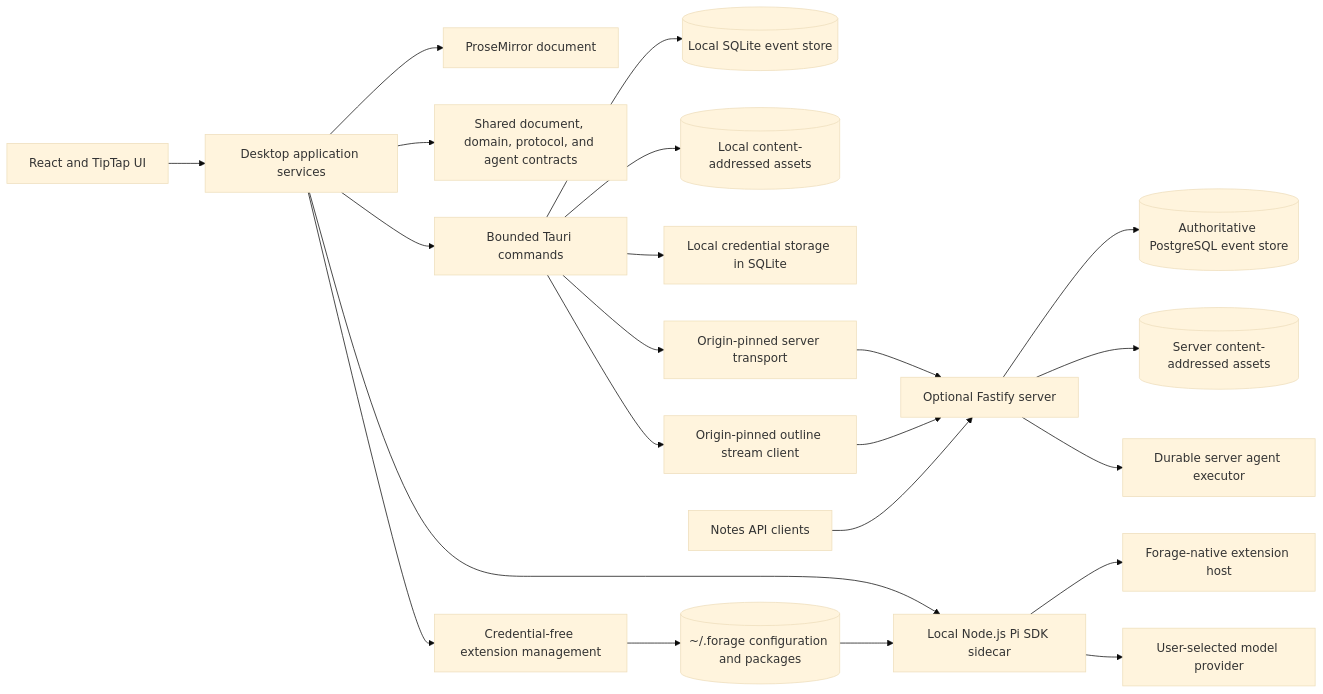
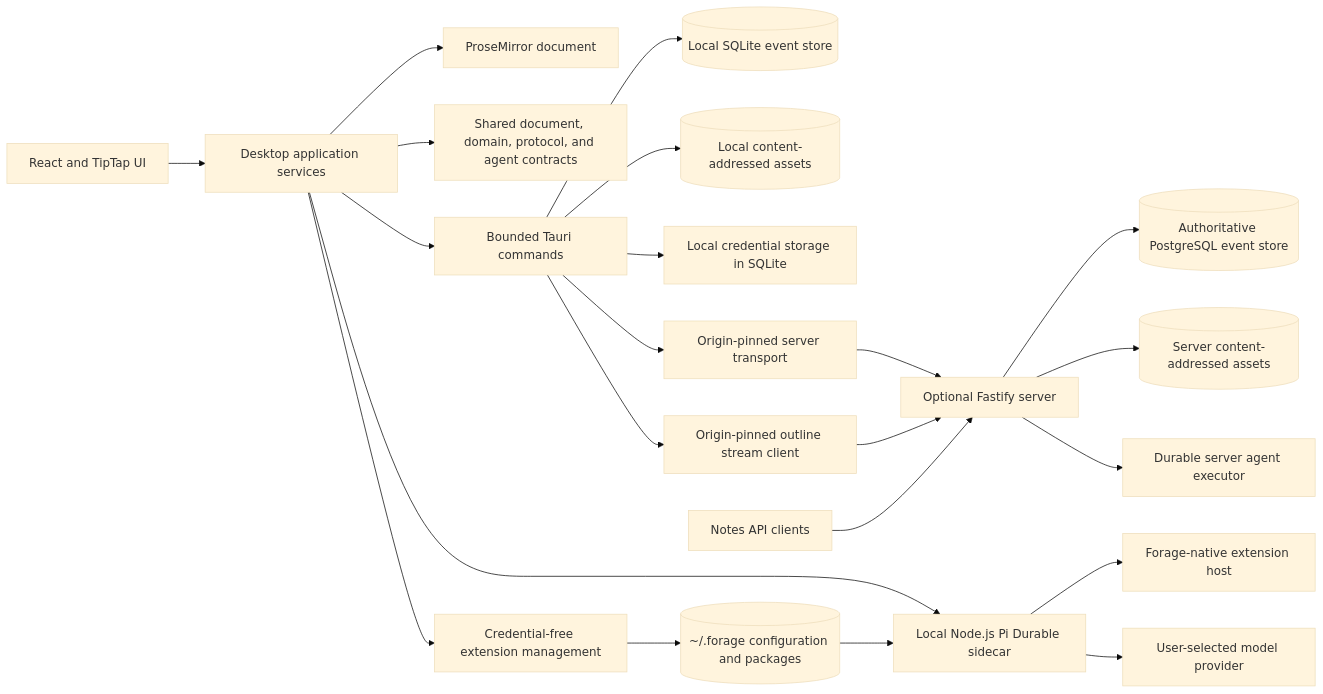
Before and after one commit to tenzki/forage: the diagram in docs/architecture.md, drawn with Mermaid (base theme). The commit also changed other lines of this file and 95 other files, not shown here.

````diff
--- a/docs/architecture.md
+++ b/docs/architecture.md
@@ -7,24 +7,24 @@
 ```mermaid
 flowchart LR
     UI[React and TipTap UI] --> APP[Desktop application services]
     APP --> DOC[ProseMirror document]
     APP --> DOMAIN[Shared document, domain, protocol, and agent contracts]
     APP --> IPC[Bounded Tauri commands]
     IPC --> SQLITE[(Local SQLite event store)]
     IPC --> ASSETS[(Local content-addressed assets)]
     IPC --> VAULT[Local credential storage in SQLite]
     IPC --> TRANSPORT[Origin-pinned server transport]
     IPC --> STREAM[Origin-pinned outline stream client]
-    APP --> SIDECAR[Local Node.js Pi SDK sidecar]
+    APP --> SIDECAR[Local Node.js Pi Durable sidecar]
     APP --> EXTMGMT[Credential-free extension management]
     EXTMGMT --> FORAGECFG[(~/.forage configuration and packages)]
     FORAGECFG --> SIDECAR
     SIDECAR --> EXTHOST[Forage-native extension host]
     SIDECAR --> MODELS[User-selected model provider]
     TRANSPORT --> SERVER[Optional Fastify server]
     STREAM --> SERVER
     SERVER --> POSTGRES[(Authoritative PostgreSQL event store)]
     SERVER --> SERVER_ASSETS[(Server content-addressed assets)]
     SERVER --> WORKER[Durable server agent executor]
     CAPTURE[Notes API clients] --> SERVER
 ```
````
